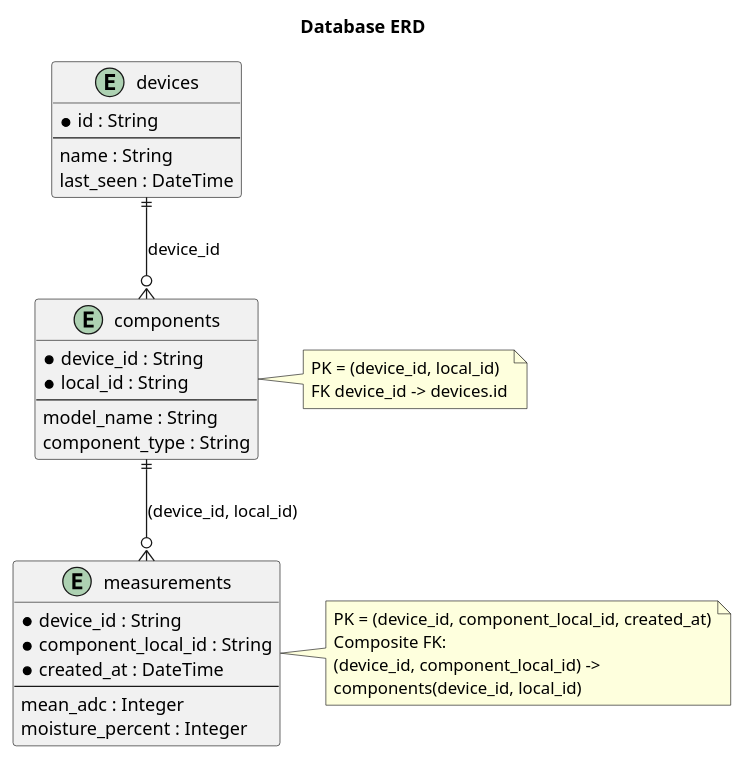
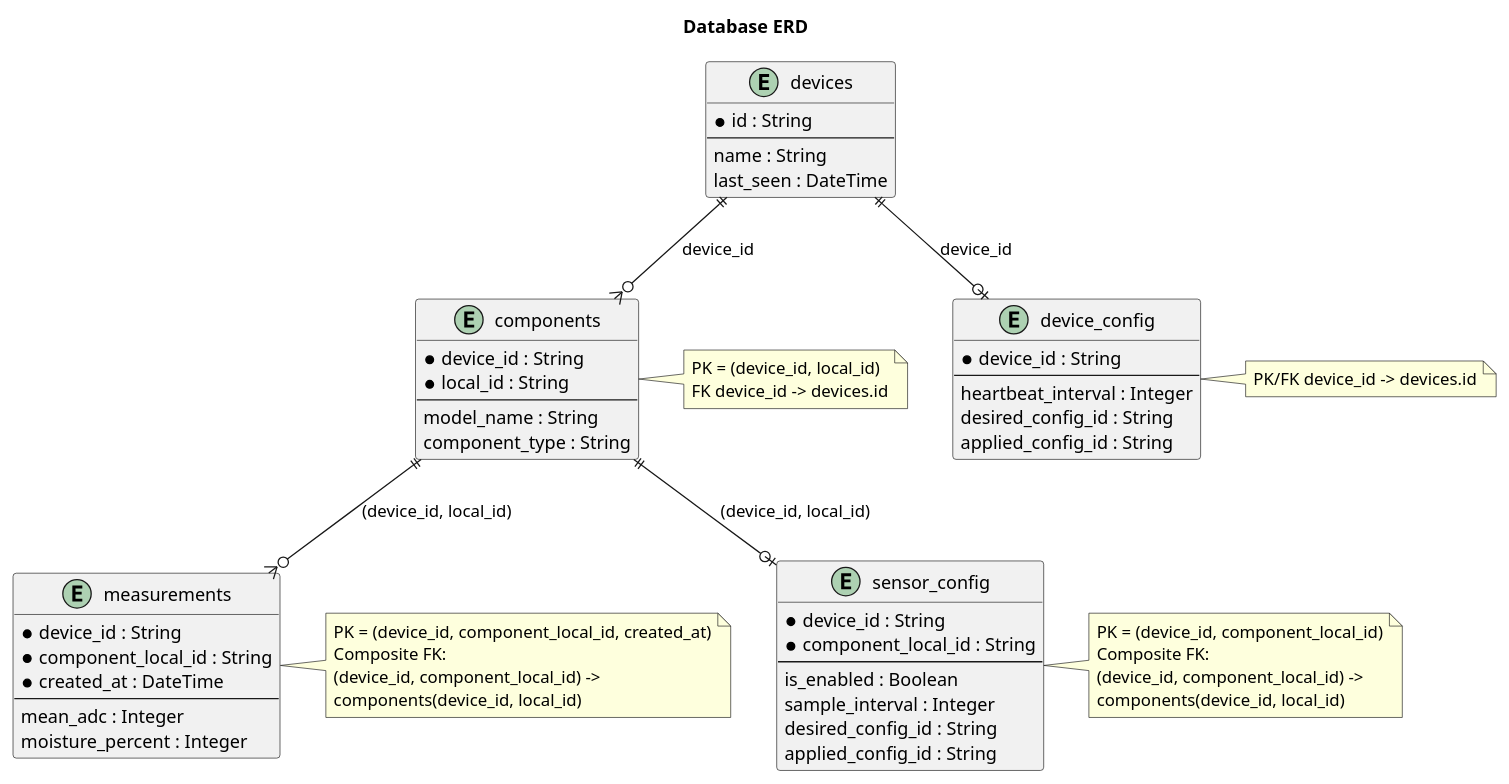
One commit to bobskefeurat/iot-device-platform changed the diagram in docs/diagrams/backend/database_erd.puml. Above: the diagram before and after it, drawn with PlantUML. The commit also changed 8 other files, not shown here.

Commit message:
docs: update README and architecture diagrams

```diff
--- a/docs/diagrams/backend/database_erd.puml
+++ b/docs/diagrams/backend/database_erd.puml
@@ -1,43 +1,74 @@
 @startuml database_erd
 title "Database ERD"
 
 entity "devices" as devices {
   * id : String
   --
   name : String
   last_seen : DateTime
 }
 
 entity "components" as components {
   * device_id : String
   * local_id : String
   --
   model_name : String
   component_type : String
 }
 
 entity "measurements" as measurements {
   * device_id : String
   * component_local_id : String
   * created_at : DateTime
   --
   mean_adc : Integer
   moisture_percent : Integer
 }
 
+entity "device_config" as device_config {
+  * device_id : String
+  --
+  heartbeat_interval : Integer
+  desired_config_id : String
+  applied_config_id : String
+}
+
+entity "sensor_config" as sensor_config {
+  * device_id : String
+  * component_local_id : String
+  --
+  is_enabled : Boolean
+  sample_interval : Integer
+  desired_config_id : String
+  applied_config_id : String
+}
+
 devices ||--o{ components : device_id
 components ||--o{ measurements : (device_id, local_id)
+devices ||--o| device_config : device_id
+components ||--o| sensor_config : (device_id, local_id)
 
 note right of components
 PK = (device_id, local_id)
 FK device_id -> devices.id
 end note
 
 note right of measurements
 PK = (device_id, component_local_id, created_at)
 Composite FK:
 (device_id, component_local_id) ->
 components(device_id, local_id)
 end note
 
+note right of device_config
+PK/FK device_id -> devices.id
+end note
+
+note right of sensor_config
+PK = (device_id, component_local_id)
+Composite FK:
+(device_id, component_local_id) ->
+components(device_id, local_id)
+end note
+
 @enduml
```
